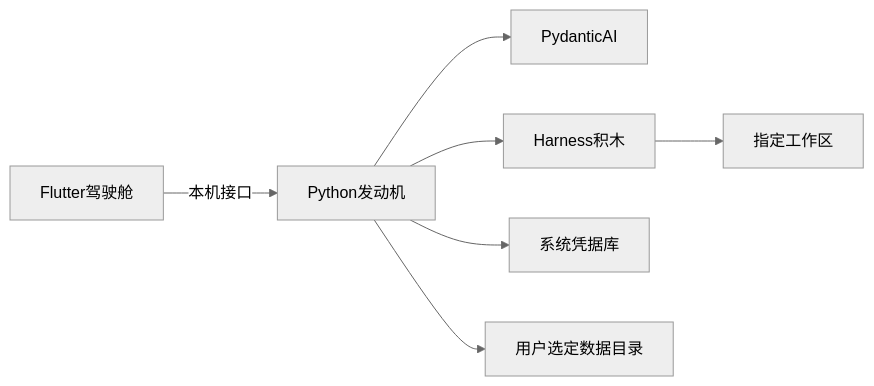
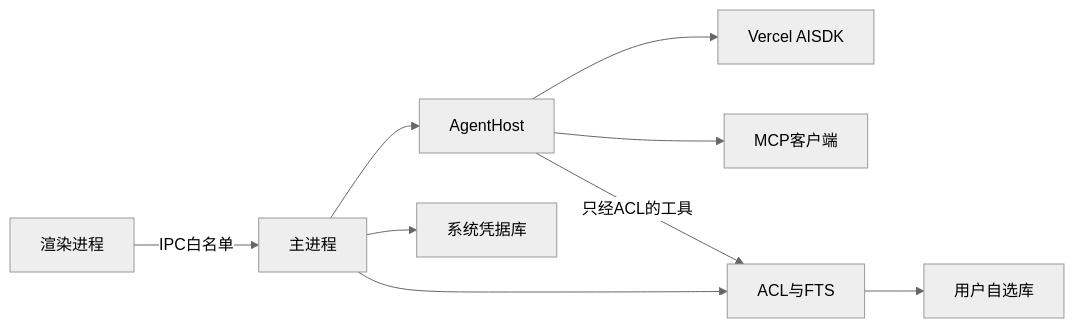
Before and after one commit to skahanium/Rgent: the diagram in docs/architecture.md, drawn with Mermaid (neutral theme). The commit also changed other lines of this file and 7 other files, not shown here.

````diff
--- a/docs/architecture.md
+++ b/docs/architecture.md
@@ -7,17 +7,20 @@
 ```mermaid
 flowchart LR
-  FlutterUI[Flutter驾驶舱]
-  Engine[Python发动机]
-  PAI[PydanticAI]
-  Harness[Harness积木]
-  Keychain[系统凭据库]
-  DataDir[用户选定数据目录]
-  WS[指定工作区]
+  Renderer[渲染进程]
+  Main[主进程]
+  Host[AgentHost]
+  SDK[Vercel AISDK]
+  MCP[MCP客户端]
+  ACL[ACL与FTS]
+  Vault[用户自选库]
+  Keys[系统凭据库]
 
-  FlutterUI -->|本机接口| Engine
-  Engine --> PAI
-  Engine --> Harness
-  Engine --> Keychain
-  Engine --> DataDir
-  Harness --> WS
+  Renderer -->|IPC白名单| Main
+  Main --> ACL
+  Main --> Keys
+  Main --> Host
+  Host --> SDK
+  Host --> MCP
+  ACL --> Vault
+  Host -->|只经ACL的工具| ACL
 ```
````
